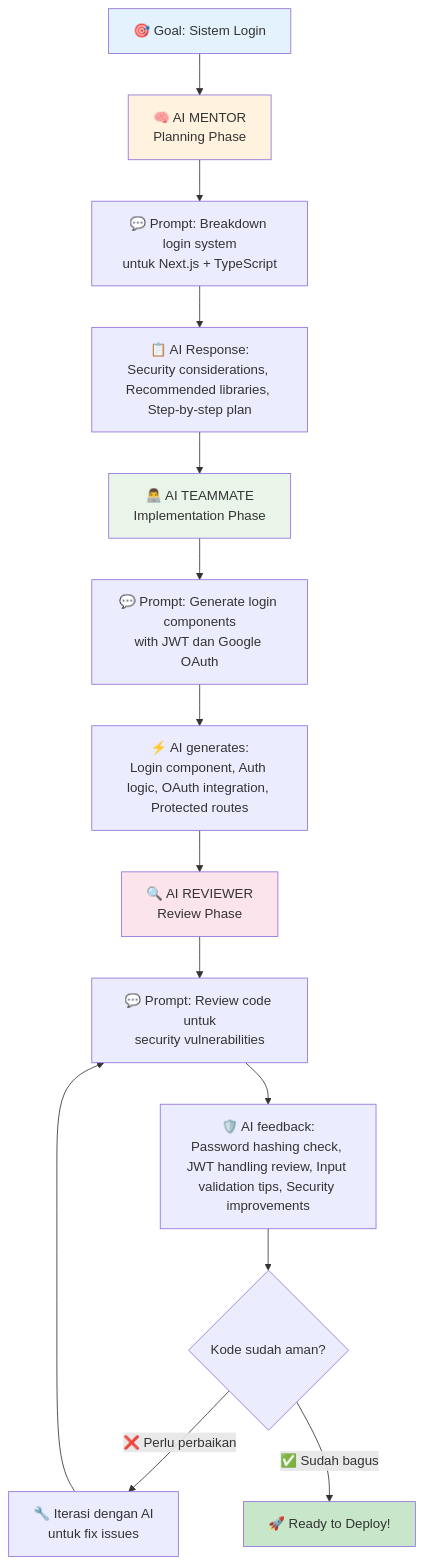
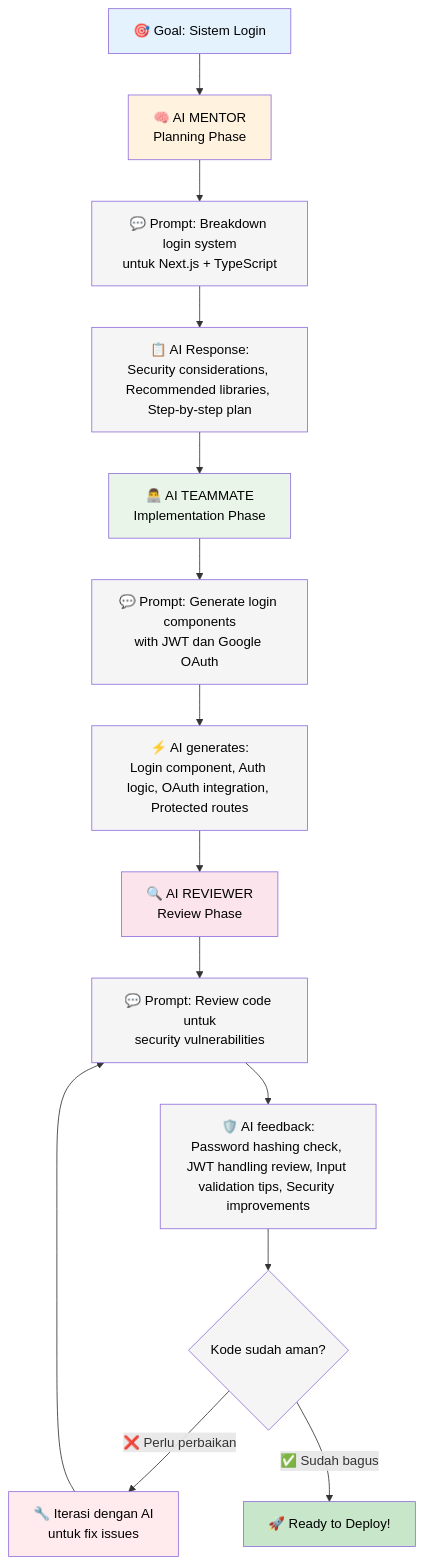
One commit to antonprafanto/vibecoding changed the third of 6 diagrams in modul1pemula.md. Above: the diagram before and after it, drawn with Mermaid. The commit also changed other lines of this file, not shown here.

````diff
--- a/modul1pemula.md
+++ b/modul1pemula.md
@@ -244,28 +261,36 @@
 ```mermaid
 graph TD
     A[🎯 Goal: Sistem Login] --> B[🧠 AI MENTOR<br/>Planning Phase]
     
     B --> B1[💬 Prompt: Breakdown login system<br/>untuk Next.js + TypeScript]
     B1 --> B2[📋 AI Response:<br/>Security considerations, Recommended libraries, Step-by-step plan]
     
     B2 --> C[👨‍💻 AI TEAMMATE<br/>Implementation Phase]
     
     C --> C1[💬 Prompt: Generate login components<br/>with JWT dan Google OAuth]
     C1 --> C2[⚡ AI generates:<br/>Login component, Auth logic, OAuth integration, Protected routes]
     
     C2 --> D[🔍 AI REVIEWER<br/>Review Phase]
     
     D --> D1[💬 Prompt: Review code untuk<br/>security vulnerabilities]
     D1 --> D2[🛡️ AI feedback:<br/>Password hashing check, JWT handling review, Input validation tips, Security improvements]
     
     D2 --> E{Kode sudah aman?}
     E -->|❌ Perlu perbaikan| F[🔧 Iterasi dengan AI<br/>untuk fix issues]
     F --> D1
     E -->|✅ Sudah bagus| G[🚀 Ready to Deploy!]
     
-    style A fill:#e3f2fd
-    style B fill:#fff3e0
-    style C fill:#e8f5e8
-    style D fill:#fce4ec
-    style G fill:#c8e6c9
+    style A fill:#e3f2fd,color:#000
+    style B fill:#fff3e0,color:#000
+    style B1 fill:#f5f5f5,color:#000
+    style B2 fill:#f5f5f5,color:#000
+    style C fill:#e8f5e8,color:#000
+    style C1 fill:#f5f5f5,color:#000
+    style C2 fill:#f5f5f5,color:#000
+    style D fill:#fce4ec,color:#000
+    style D1 fill:#f5f5f5,color:#000
+    style D2 fill:#f5f5f5,color:#000
+    style E fill:#f5f5f5,color:#000
+    style F fill:#ffebee,color:#000
+    style G fill:#c8e6c9,color:#000
 ```
````
